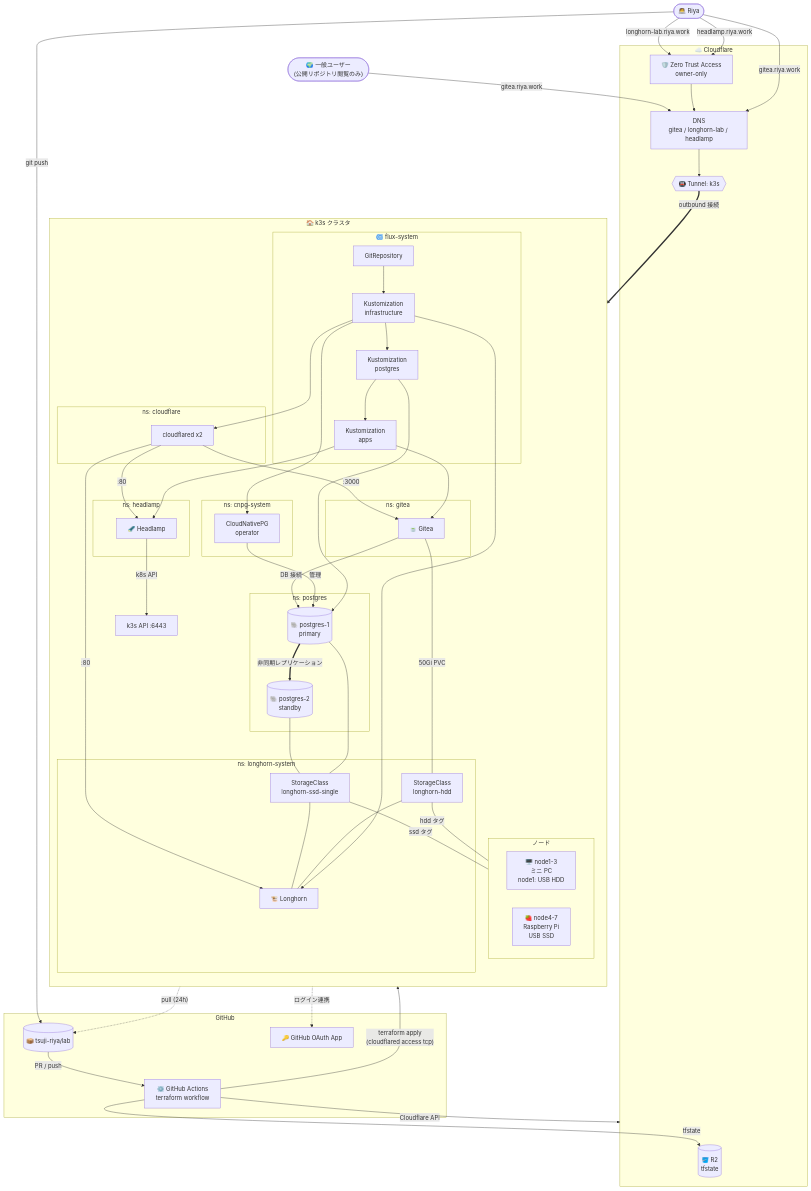
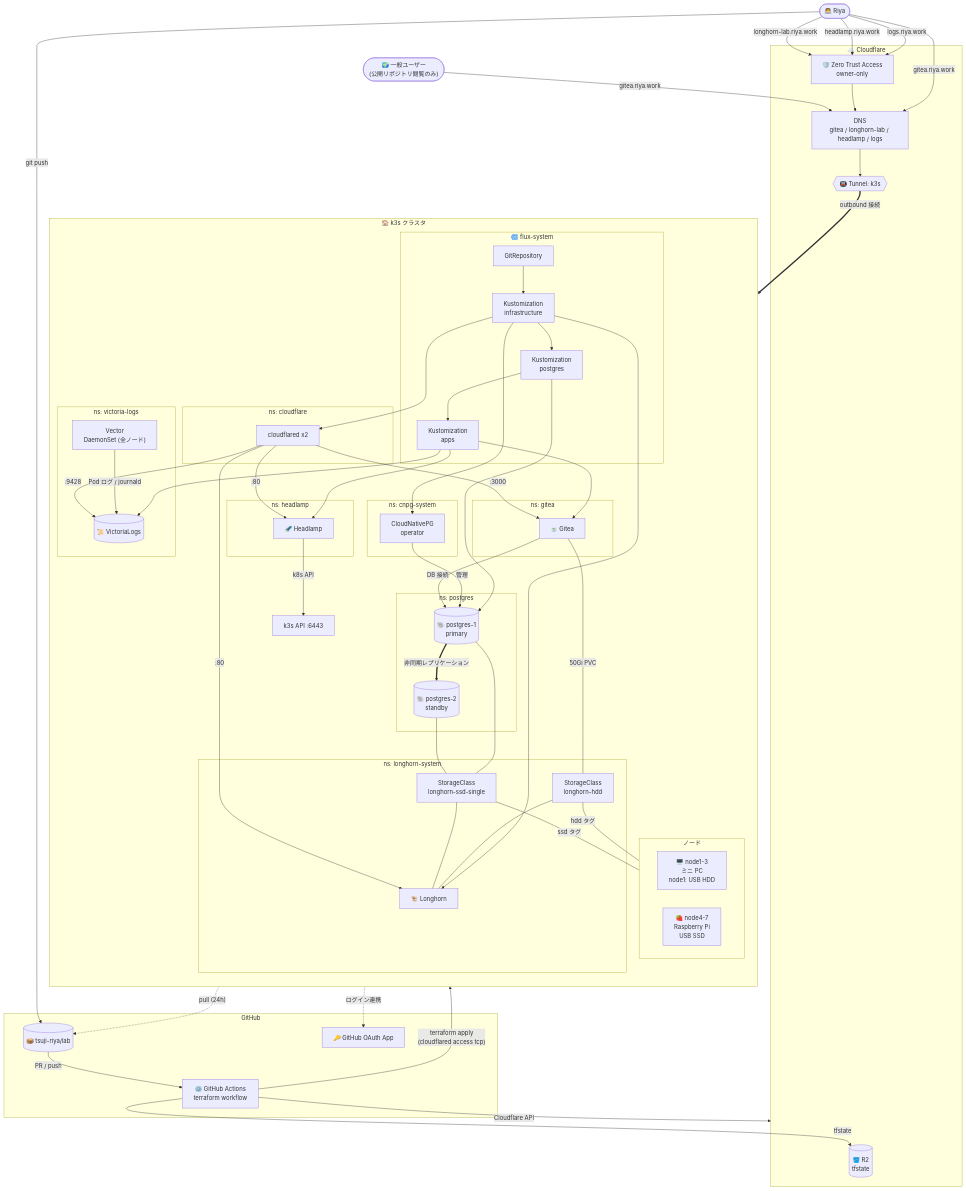
One commit to tsuji-riya/lab changed the first of 3 diagrams in README.md. Above: the diagram before and after it, drawn with Mermaid. The commit also changed other lines of this file and 9 other files, not shown here.

First line of the commit message:
VictoriaLogs と Vector でログ(Pod / dmesg / k3s)を Web から見られるようにする

````diff
--- a/README.md
+++ b/README.md
@@ -37,7 +37,7 @@
 
     subgraph CF["☁️ Cloudflare"]
         r2[("🪣 R2<br/>tfstate")]
-        dns["DNS<br/>gitea / longhorn-lab / headlamp"]
+        dns["DNS<br/>gitea / longhorn-lab / headlamp / logs"]
         access["🛡️ Zero Trust Access<br/>owner-only"]
         tunnel{{"🚇 Tunnel: k3s"}}
     end
@@ -85,6 +85,11 @@
         subgraph NS_HL["ns: headlamp"]
             headlamp["🔦 Headlamp"]
         end
+
+        subgraph NS_VL["ns: victoria-logs"]
+            vlogs[("📜 VictoriaLogs")]
+            vector["Vector<br/>DaemonSet (全ノード)"]
+        end
     end
 
     user -- "git push" --> repo
@@ -102,6 +107,8 @@
     ks_pg --> pgp
     ks_apps --> gitea
     ks_apps --> headlamp
+    ks_apps --> vlogs
+    vector -- "Pod ログ / journald" --> vlogs
 
     cnpg -- "管理" --> pgp
     pgp == "非同期レプリケーション" ==> pgs
@@ -118,6 +125,7 @@
 
     user -- "longhorn-lab.riya.work" --> access
     user -- "headlamp.riya.work" --> access
+    user -- "logs.riya.work" --> access
     user -- "gitea.riya.work" --> dns
     visitor -- "gitea.riya.work" --> dns
     access --> dns
@@ -126,5 +134,6 @@
     cfd -- ":3000" --> gitea
     cfd -- ":80" --> lh
     cfd -- ":80" --> headlamp
+    cfd -- ":9428" --> vlogs
     headlamp -- "k8s API" --> api
 ```
````
